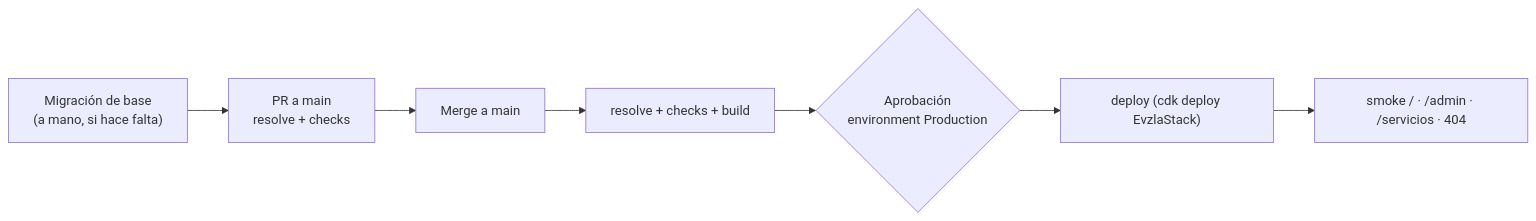
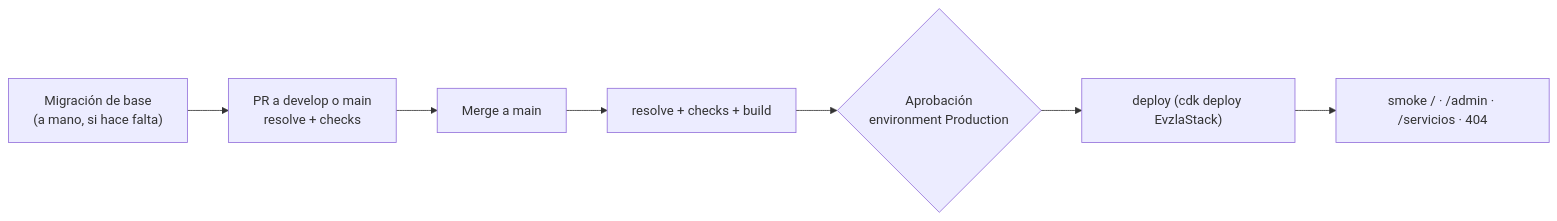
Before and after one commit to jorgeluisd/encuentramevzla: the eighth of 8 diagrams in docs/ARCHITECTURE.md, drawn with Mermaid. The commit also changed other lines of this file and 4 other files, not shown here.

First line of the commit message:
ci(deploy): run checks on pull requests to develop

````diff
--- a/docs/ARCHITECTURE.md
+++ b/docs/ARCHITECTURE.md
@@ -520,9 +520,9 @@
 ```mermaid
 flowchart LR
-    M["Migración de base<br/>(a mano, si hace falta)"] --> PR["PR a main<br/>resolve + checks"]
+    M["Migración de base<br/>(a mano, si hace falta)"] --> PR["PR a develop o main<br/>resolve + checks"]
     PR --> MG["Merge a main"]
     MG --> C["resolve + checks + build"]
     C --> A{"Aprobación<br/>environment Production"}
     A --> D["deploy (cdk deploy EvzlaStack)"]
     D --> S["smoke / · /admin · /servicios · 404"]
 ```
````
